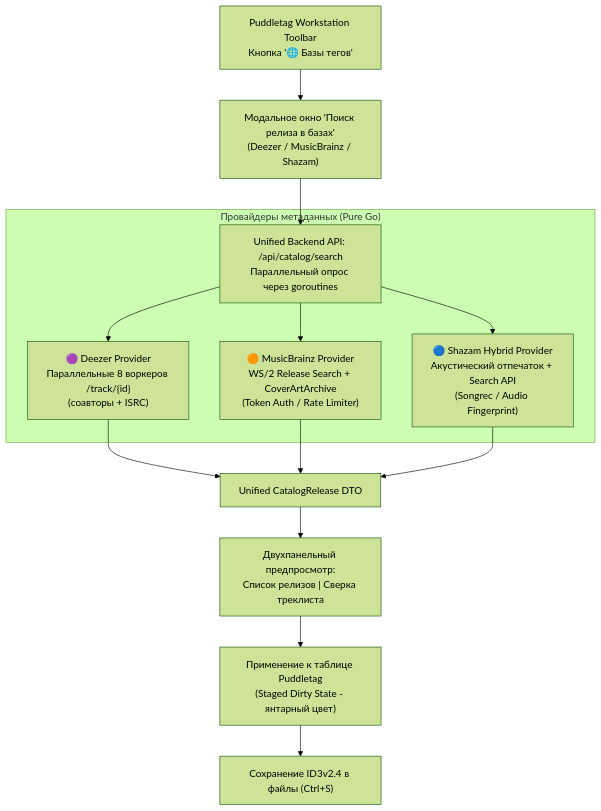
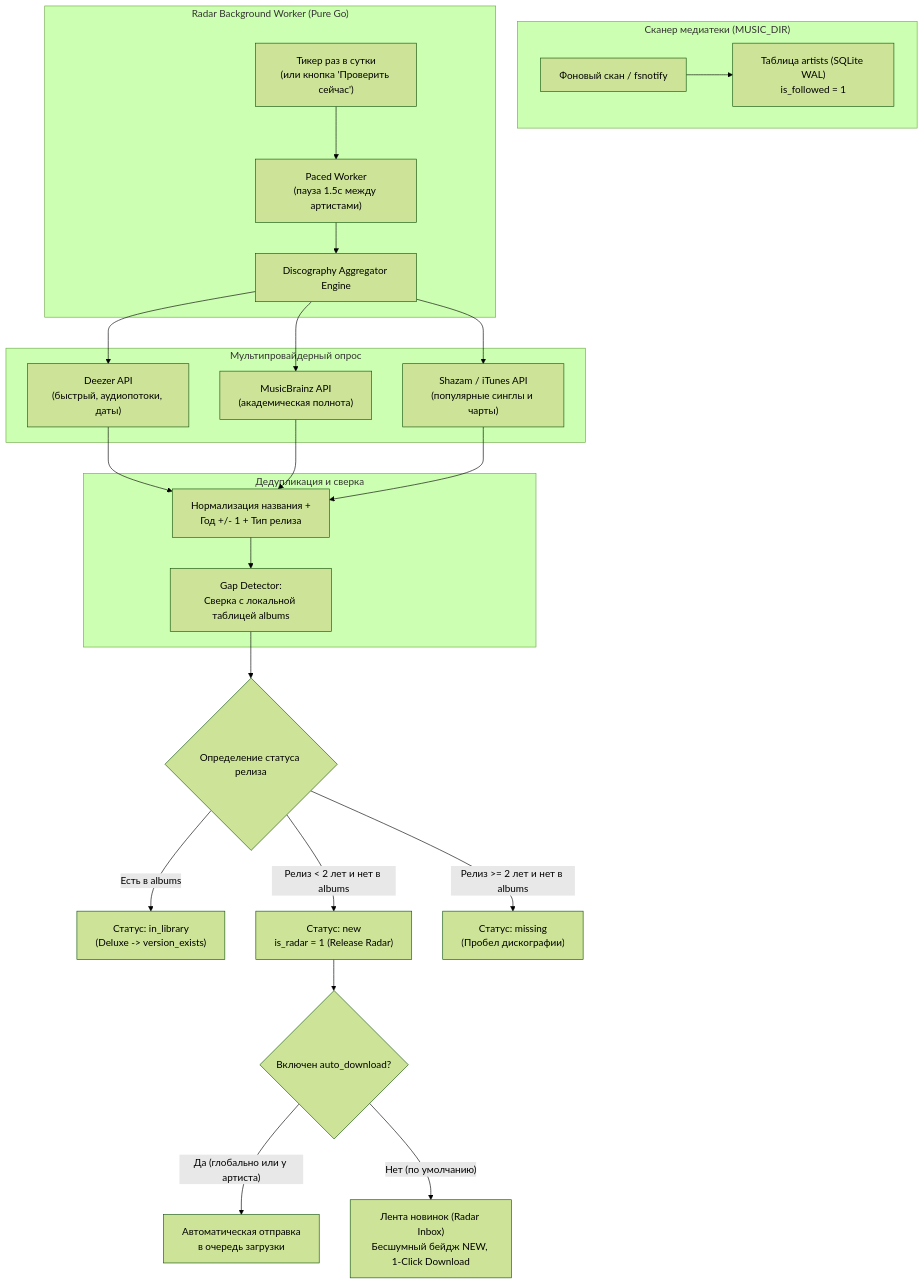
The diagram in plan.md (kex1tu/music_service), drawn with Mermaid (forest theme) before and after one commit. The commit also changed other lines of this file and 1 other file, not shown here.

Commit message:
docs: update PROGRESS.md with Block 66 manual source picker and partial ready queue

````diff
--- a/plan.md
+++ b/plan.md
@@ -50,18 +72,33 @@
 ```mermaid
 flowchart TD
-    UI["Puddletag Workstation Toolbar<br>Кнопка '🌐 Базы тегов'"] --> Modal["Модальное окно 'Поиск релиза в базах'<br>(Deezer / MusicBrainz / Shazam)"]
-    Modal --> API["Unified Backend API: /api/catalog/search<br>Параллельный опрос через goroutines"]
-    
-    subgraph Providers ["Провайдеры метаданных (Pure Go)"]
-        API --> P1["🟣 Deezer Provider<br>Параллельные 8 воркеров /track/{id}<br>(соавторы + ISRC)"]
-        API --> P2["🟠 MusicBrainz Provider<br>WS/2 Release Search + CoverArtArchive<br>(Token Auth / Rate Limiter)"]
-        API --> P3["🔵 Shazam Hybrid Provider<br>Акустический отпечаток + Search API<br>(Songrec / Audio Fingerprint)"]
+    subgraph LibraryScanner ["Сканер медиатеки (MUSIC_DIR)"]
+        Scan["Фоновый скан / fsnotify"] --> ArtistsTable["Таблица artists (SQLite WAL)<br>is_followed = 1"]
     end
 
-    P1 --> Norm["Unified CatalogRelease DTO"]
-    P2 --> Norm
-    P3 --> Norm
-    Norm --> Preview["Двухпанельный предпросмотр:<br>Список релизов | Сверка треклиста"]
-    Preview --> Staging["Применение к таблице Puddletag<br>(Staged Dirty State - янтарный цвет)"]
-    Staging --> Save["Сохранение ID3v2.4 в файлы (Ctrl+S)"]
+    subgraph RadarScheduler ["Radar Background Worker (Pure Go)"]
+        Cron["Тикер раз в сутки<br>(или кнопка 'Проверить сейчас')"] --> PacedQueue["Paced Worker<br>(пауза 1.5с между артистами)"]
+        PacedQueue --> Aggregator["Discography Aggregator Engine"]
+    end
+
+    subgraph MultiCatalog ["Мультипровайдерный опрос"]
+        Aggregator --> Deezer["Deezer API<br>(быстрый, аудиопотоки, даты)"]
+        Aggregator --> MusicBrainz["MusicBrainz API<br>(академическая полнота)"]
+        Aggregator --> Shazam["Shazam / iTunes API<br>(популярные синглы и чарты)"]
+    end
+
+    subgraph Deduplication ["Дедупликация и сверка"]
+        Deezer --> Dedupe["Нормализация названия +<br>Год +/- 1 + Тип релиза"]
+        MusicBrainz --> Dedupe
+        Shazam --> Dedupe
+        Dedupe --> GapDetector["Gap Detector:<br>Сверка с локальной таблицей albums"]
+    end
+
+    GapDetector --> StatusRouter{"Определение статуса релиза"}
+    StatusRouter -->|"Есть в albums"| InLib["Статус: in_library<br>(Deluxe -> version_exists)"]
+    StatusRouter -->|"Релиз < 2 лет и нет в albums"| RadarNew["Статус: new<br>is_radar = 1 (Release Radar)"]
+    StatusRouter -->|"Релиз >= 2 лет и нет в albums"| DiscographyGap["Статус: missing<br>(Пробел дискографии)"]
+
+    RadarNew --> AutoCheck{"Включен auto_download?"}
+    AutoCheck -->|"Да (глобально или у артиста)"| DownloaderQueue["Автоматическая отправка<br>в очередь загрузки"]
+    AutoCheck -->|"Нет (по умолчанию)"| RadarFeedUI["Лента новинок (Radar Inbox)<br>Бесшумный бейдж NEW, 1-Click Download"]
 ```
````
